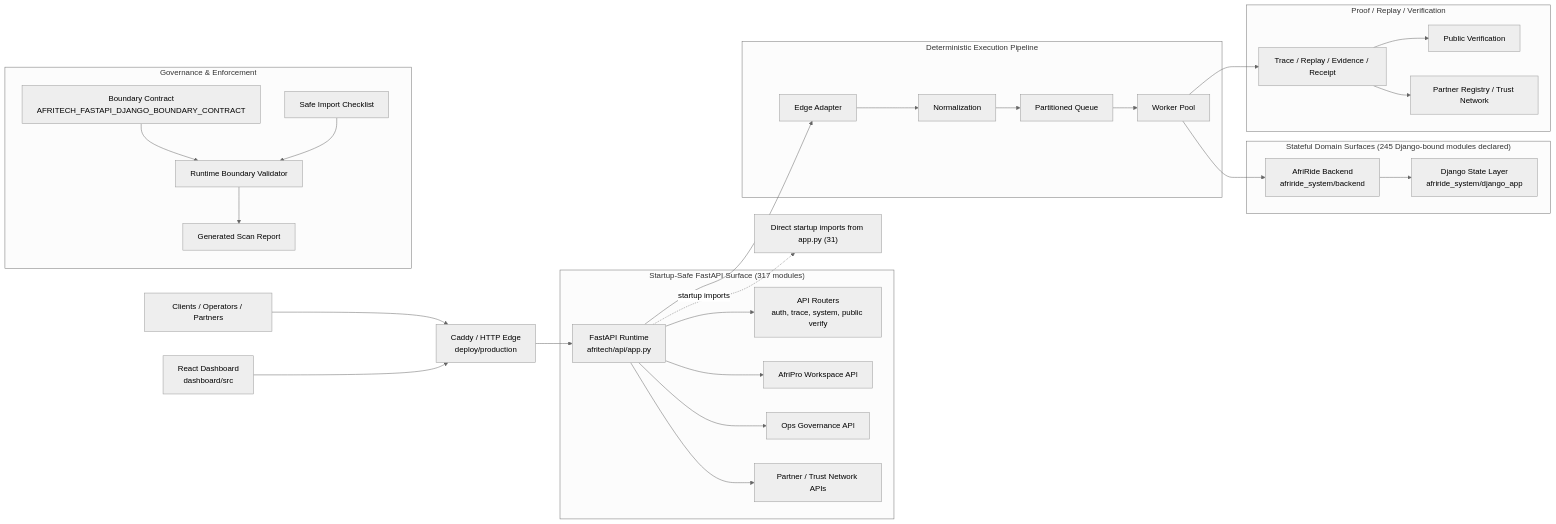
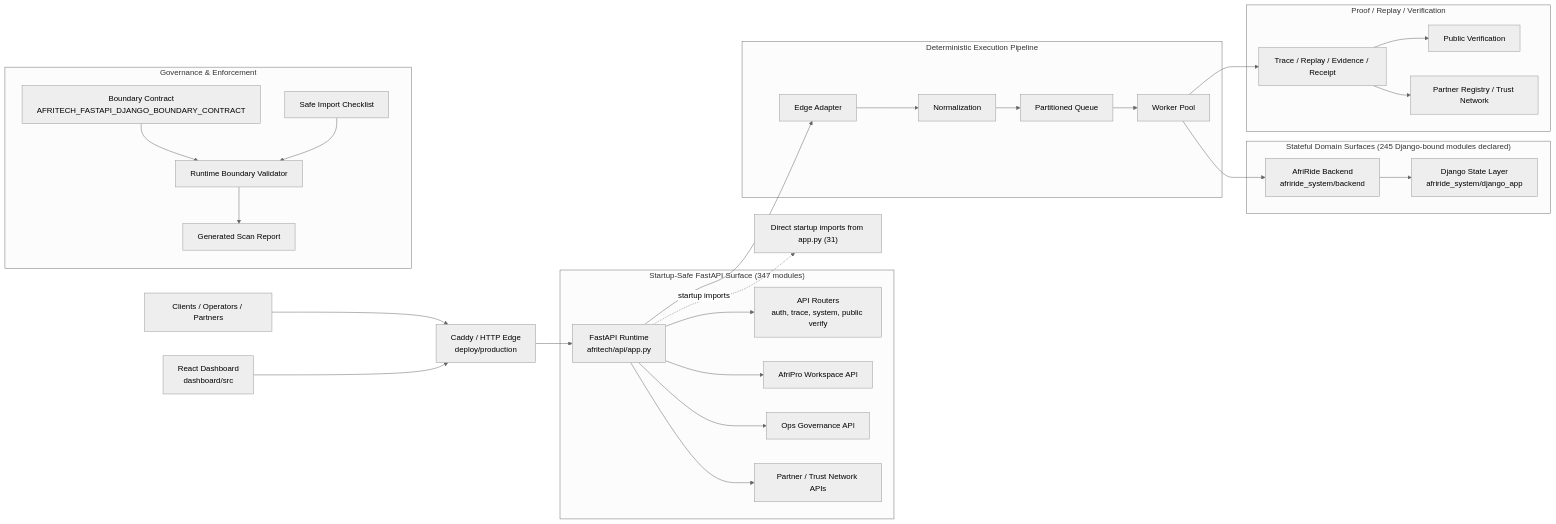
Before and after one commit to Strelly2023/afritelematics: the first of 2 diagrams in docs/architecture/AFRITECH_FULL_ARCHITECTURE_GRAPH.md, drawn with Mermaid (neutral theme). The commit also changed other lines of this file and 123 other files, not shown here.

````diff
--- a/docs/architecture/AFRITECH_FULL_ARCHITECTURE_GRAPH.md
+++ b/docs/architecture/AFRITECH_FULL_ARCHITECTURE_GRAPH.md
@@ -22,39 +22,39 @@
 ```mermaid
 flowchart LR
     Client["Clients / Operators / Partners"] --> Edge["Caddy / HTTP Edge\ndeploy/production"]
     Dashboard["React Dashboard\ndashboard/src"] --> Edge
     Edge --> App["FastAPI Runtime\nafritech/api/app.py"]
 
-    subgraph FastAPI["Startup-Safe FastAPI Surface (317 modules)"]
+    subgraph FastAPI["Startup-Safe FastAPI Surface (347 modules)"]
         App --> Api["API Routers\nauth, trace, system, public verify"]
         App --> Workspace["AfriPro Workspace API"]
         App --> Governance["Ops Governance API"]
         App --> Trust["Partner / Trust Network APIs"]
     end
 
     subgraph Pipeline["Deterministic Execution Pipeline"]
         App --> Adapt["Edge Adapter"]
         Adapt --> Normalize["Normalization"]
         Normalize --> Queue["Partitioned Queue"]
         Queue --> Worker["Worker Pool"]
     end
 
     subgraph State["Stateful Domain Surfaces (245 Django-bound modules declared)"]
         Worker --> Domain["AfriRide Backend\nafriride_system/backend"]
         Domain --> Django["Django State Layer\nafriride_system/django_app"]
     end
 
     subgraph Proof["Proof / Replay / Verification"]
         Worker --> Trace["Trace / Replay / Evidence / Receipt"]
         Trace --> Public["Public Verification"]
         Trace --> Registry["Partner Registry / Trust Network"]
     end
 
     subgraph GovernancePlane["Governance & Enforcement"]
         Contract["Boundary Contract\nAFRITECH_FASTAPI_DJANGO_BOUNDARY_CONTRACT"] --> Validator["Runtime Boundary Validator"]
         Checklist["Safe Import Checklist"] --> Validator
         Validator --> Review["Generated Scan Report"]
     end
 
     App -. startup imports .-> Imports["Direct startup imports from app.py (31)"]
 ```
````
